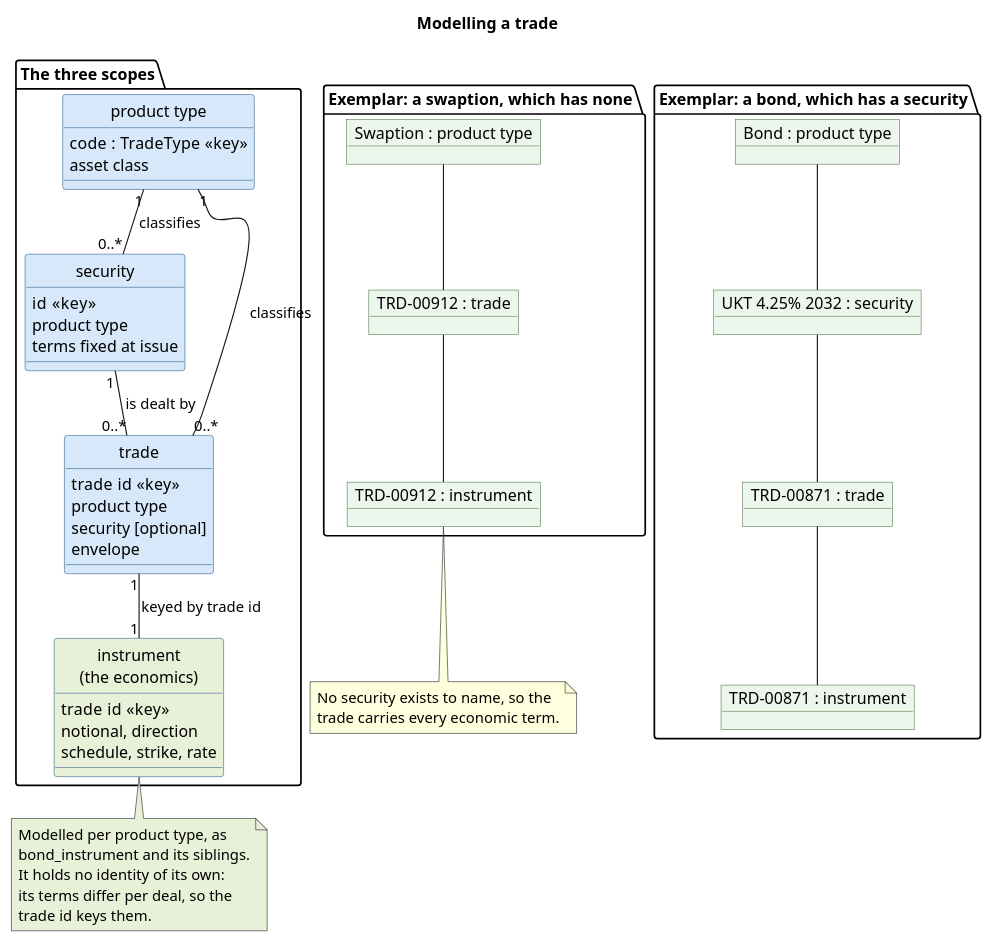
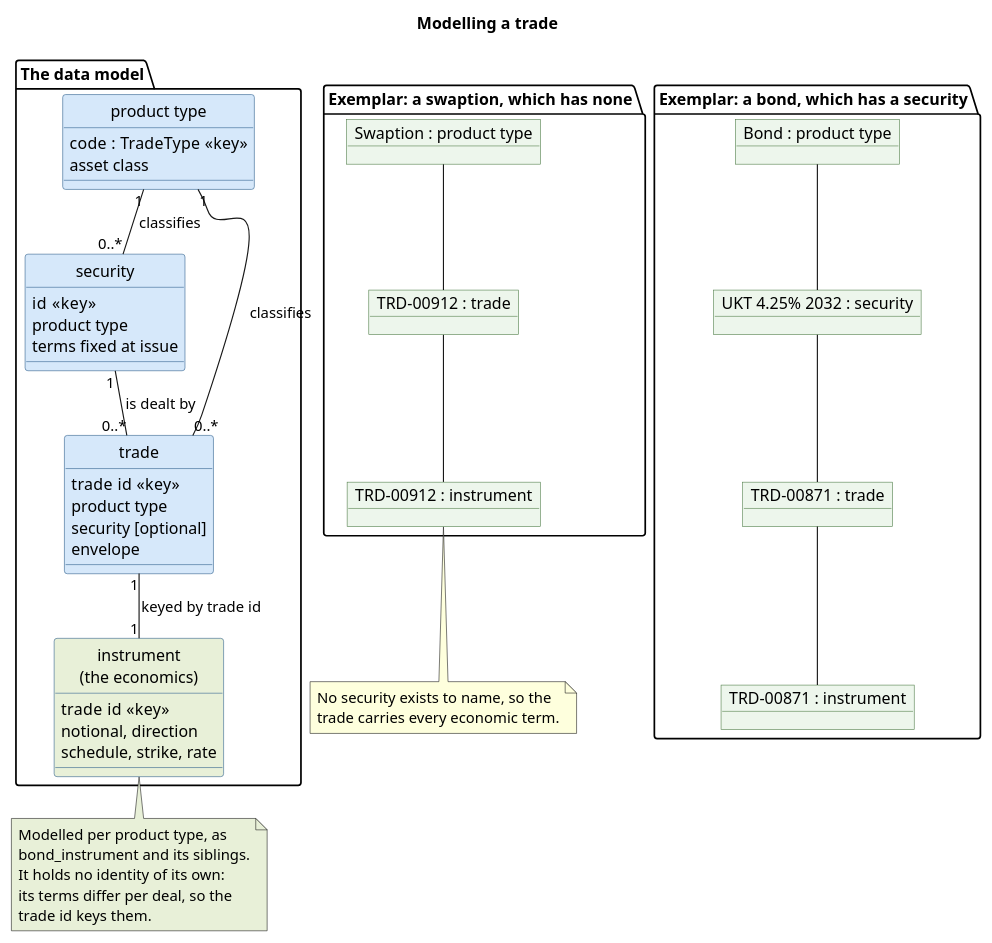
The diagram in doc/knowledge/architecture/modelling_a_trade.puml (OreStudio/OreStudio), drawn with PlantUML before and after one commit. The commit also changed 3 other files, not shown here.

```diff
--- a/doc/knowledge/architecture/modelling_a_trade.puml
+++ b/doc/knowledge/architecture/modelling_a_trade.puml
@@ -18,81 +18,81 @@
 @startuml
 !pragma layout smetana
 
 title Modelling a trade
 
 hide circle
 skinparam classAttributeIconSize 0
 skinparam class {
     BackgroundColor #D6E8FA
     BorderColor #2C5C8A
 }
 skinparam object {
     BackgroundColor #EDF6EC
     BorderColor #4C7A44
 }
 
-package "The three scopes" {
+package "The data model" {
     class "product type" as pt {
         code : TradeType  <<key>>
         asset class
     }
 
     class security {
         id  <<key>>
         product type
         terms fixed at issue
     }
 
     class trade {
         trade id  <<key>>
         product type
         security [optional]
         envelope
     }
 
     class "instrument\n(the economics)" as instr #E8F0D8 {
         trade id  <<key>>
         notional, direction
         schedule, strike, rate
     }
 
     pt "1" -- "0..*" security : classifies
     security "1" -- "0..*" trade : is dealt by
     pt "1" -- "0..*" trade : classifies
     trade "1" -- "1" instr : keyed by trade id
 }
 
 note bottom of instr #E8F0D8
   Modelled per product type, as
   bond_instrument and its siblings.
   It holds no identity of its own:
   its terms differ per deal, so the
   trade id keys them.
 end note
 
 package "Exemplar: a bond, which has a security" {
     object "Bond : product type" as ex_bond_pt
     object "UKT 4.25% 2032 : security" as ex_bond_sec
     object "TRD-00871 : trade" as ex_bond_trd
     object "TRD-00871 : instrument" as ex_bond_instr
 
     ex_bond_pt -- ex_bond_sec
     ex_bond_sec -- ex_bond_trd
     ex_bond_trd -- ex_bond_instr
 }
 
 package "Exemplar: a swaption, which has none" {
     object "Swaption : product type" as ex_swp_pt
     object "TRD-00912 : trade" as ex_swp_trd
     object "TRD-00912 : instrument" as ex_swp_instr
 
     ex_swp_pt -- ex_swp_trd
     ex_swp_trd -- ex_swp_instr
 }
 
 note bottom of ex_swp_instr
   No security exists to name, so the
   trade carries every economic term.
 end note
 
 @enduml
```
